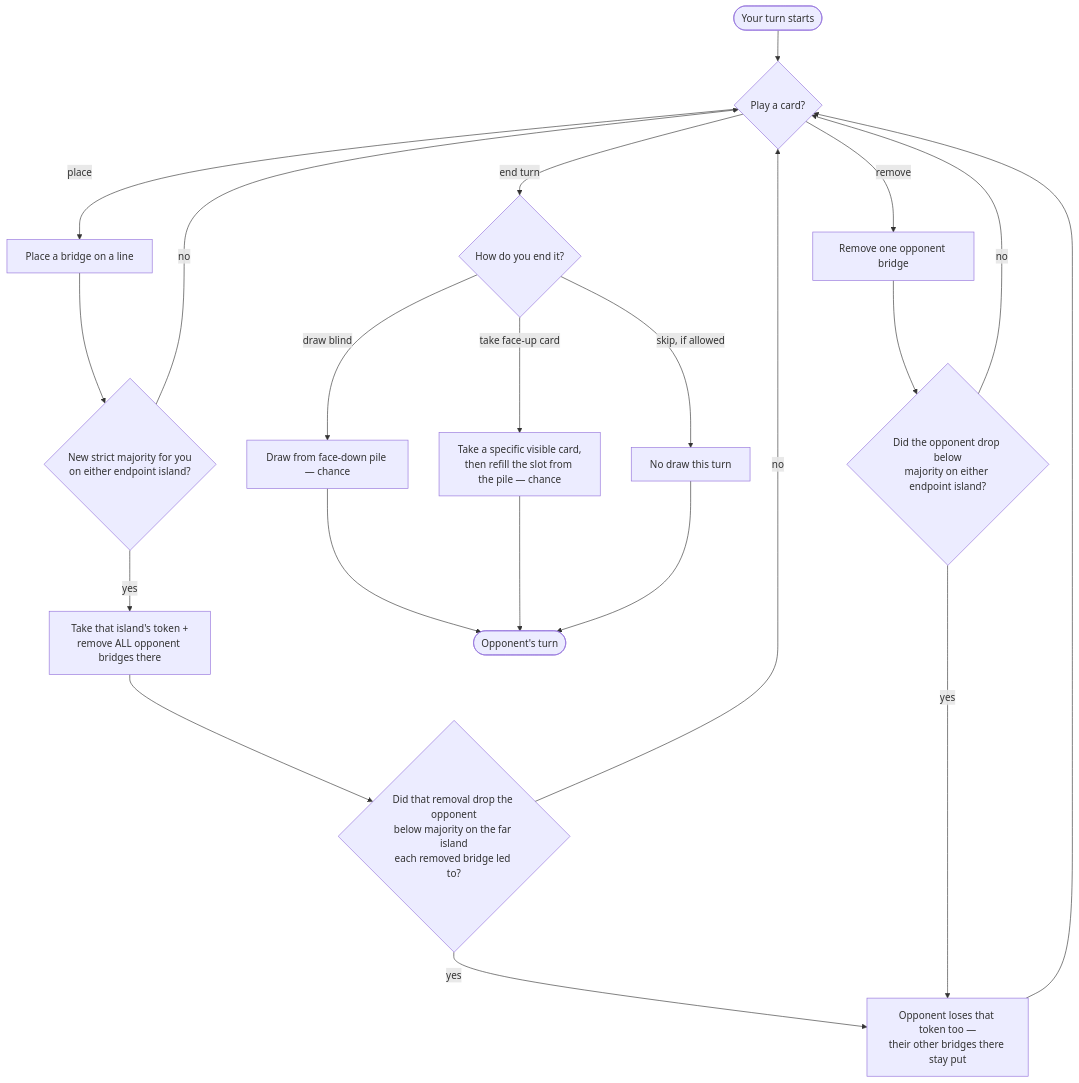
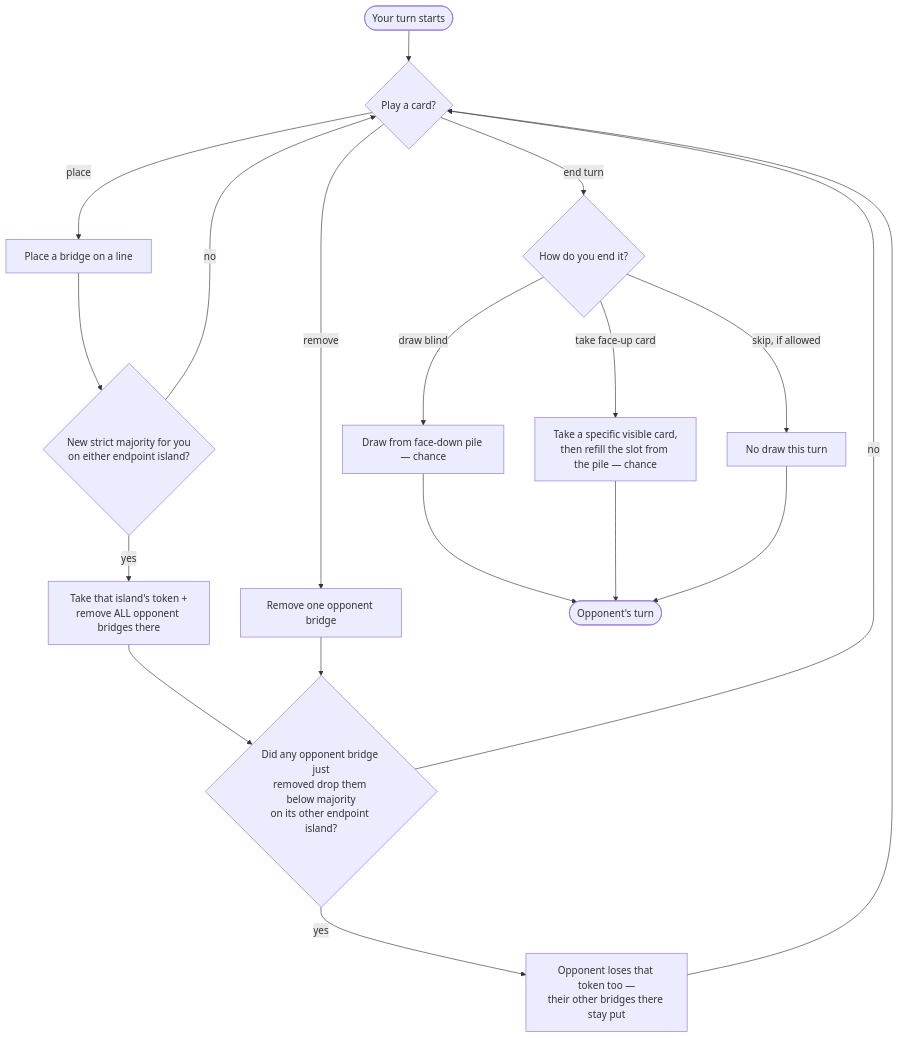
Before and after one commit to clee704/meeple: the diagram in meeple/games/kahuna/RULES.md, drawn with Mermaid.

Commit message:
docs: merge duplicate majority-loss check in Kahuna's turn diagram
The place-triggered removal and the direct remove action both feed
into the same "did the opponent drop below majority somewhere" check
— one shared node instead of two identical ones.

````diff
--- a/meeple/games/kahuna/RULES.md
+++ b/meeple/games/kahuna/RULES.md
@@ -75,23 +75,21 @@
 ```mermaid
 flowchart TD
     A([Your turn starts]) --> B{Play a card?}
     B -->|place| C[Place a bridge on a line]
     C --> D{New strict majority for you<br/>on either endpoint island?}
     D -->|yes| E[Take that island's token +<br/>remove ALL opponent bridges there]
     D -->|no| B
-    E --> F{Did that removal drop the opponent<br/>below majority on the far island<br/>each removed bridge led to?}
+    B -->|remove| H[Remove one opponent bridge]
+    E --> F{Did any opponent bridge just<br/>removed drop them below majority<br/>on its other endpoint island?}
+    H --> F
     F -->|yes| G[Opponent loses that token too —<br/>their other bridges there stay put]
     F -->|no| B
     G --> B
-    B -->|remove| H[Remove one opponent bridge]
-    H --> I{Did the opponent drop below<br/>majority on either endpoint island?}
-    I -->|yes| G
-    I -->|no| B
     B -->|end turn| J{How do you end it?}
     J -->|draw blind| K[Draw from face-down pile — chance]
     J -->|take face-up card| L[Take a specific visible card,<br/>then refill the slot from the pile — chance]
     J -->|skip, if allowed| M[No draw this turn]
     K --> N([Opponent's turn])
     L --> N
     M --> N
 ```
````
